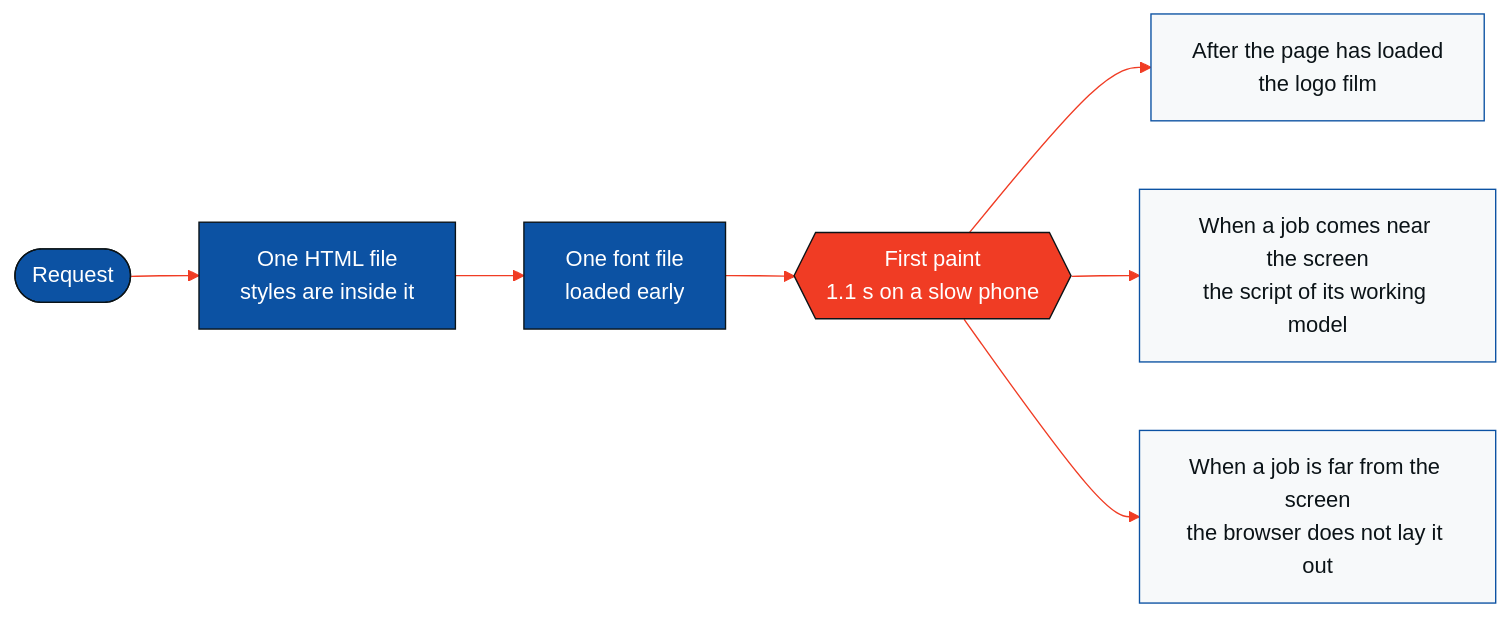
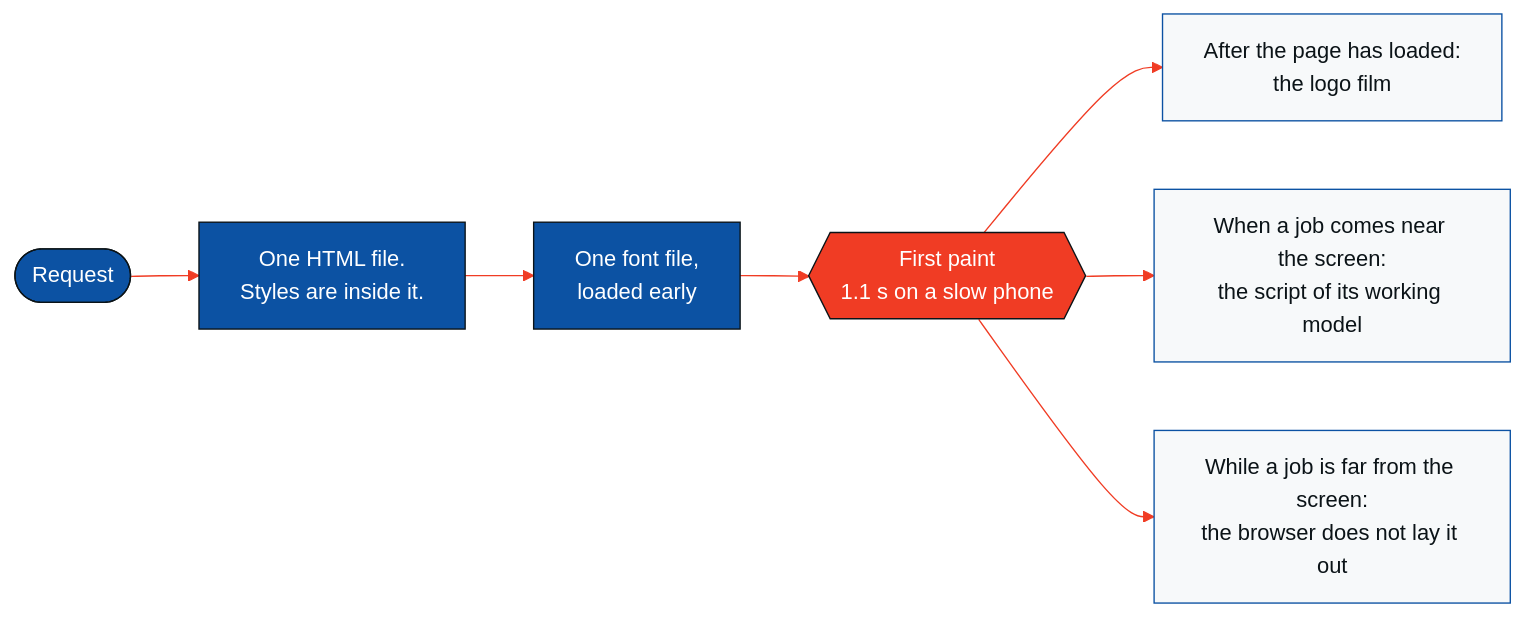
Before and after one commit to aniksarakash/SPSL_DEV_LANDING: the first of 4 diagrams in README.md, drawn with Mermaid. The commit also changed other lines of this file, not shown here.

Commit message:
README: larger text in the serving and edit-to-live diagrams

````diff
--- a/README.md
+++ b/README.md
@@ -84,16 +84,16 @@
 ```mermaid
 %%{init: {"theme":"base","themeVariables":{"primaryColor":"#0C52A3","primaryTextColor":"#0B1317","primaryBorderColor":"#0B1317","lineColor":"#F03C24","secondaryColor":"#F7F9FA","tertiaryColor":"#E9EEF2","edgeLabelBackground":"#F7F9FA","clusterBkg":"#F7F9FA","clusterBorder":"#0C52A3","titleColor":"#0B1317","fontFamily":"Arial, sans-serif"}}}%%
 flowchart LR
-    A(["Request"]) --> B["One HTML file<br/>styles are inside it"]
-    B --> C["One font file<br/>loaded early"]
+    A(["Request"]) --> B["One HTML file.<br/>Styles are inside it."]
+    B --> C["One font file,<br/>loaded early"]
     C --> D{{"First paint<br/>1.1 s on a slow phone"}}
-    D --> E["After the page has loaded<br/>the logo film"]
-    D --> F["When a job comes near the screen<br/>the script of its working model"]
-    D --> G["When a job is far from the screen<br/>the browser does not lay it out"]
+    D --> E["After the page has loaded:<br/>the logo film"]
+    D --> F["When a job comes near the screen:<br/>the script of its working model"]
+    D --> G["While a job is far from the screen:<br/>the browser does not lay it out"]
 
     classDef default fill:#0C52A3,stroke:#0B1317,color:#FFFFFF
     classDef red fill:#F03C24,stroke:#0B1317,color:#FFFFFF
     classDef paper fill:#F7F9FA,stroke:#0C52A3,color:#0B1317
     class D red
     class E,F,G paper
 ```
````
